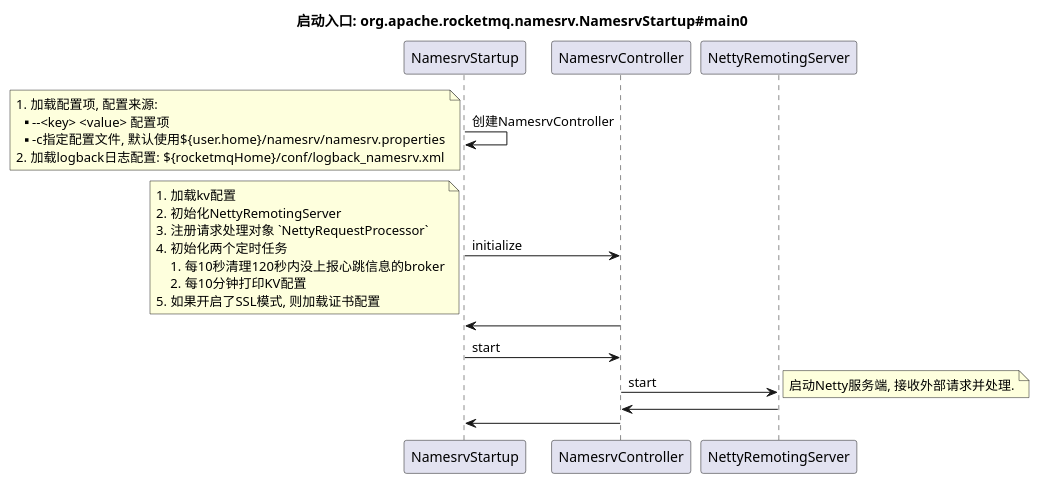
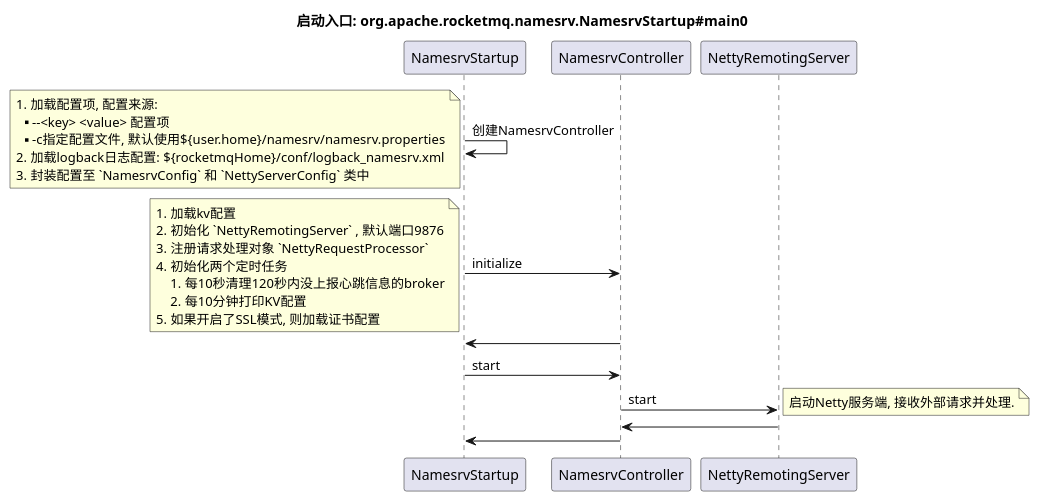
The diagram in charts/rocketmq/NameServerStartup.puml (jjyyjjyy/cafebabe), drawn with PlantUML before and after one commit. The commit also changed 11 other files, not shown here.

```diff
--- a/charts/rocketmq/NameServerStartup.puml
+++ b/charts/rocketmq/NameServerStartup.puml
@@ -1,36 +1,37 @@
 @startuml
 
 title 启动入口: org.apache.rocketmq.namesrv.NamesrvStartup#main0
 
 NamesrvStartup -> NamesrvStartup : 创建NamesrvController
 note left
 # 加载配置项, 配置来源:
 ** --<key> <value> 配置项
 ** -c指定配置文件, 默认使用${user.home}/namesrv/namesrv.properties
 # 加载logback日志配置: ${rocketmqHome}/conf/logback_namesrv.xml
+# 封装配置至 `NamesrvConfig` 和 `NettyServerConfig` 类中
 end note
 
 NamesrvStartup -> NamesrvController : initialize
 
 note left
 # 加载kv配置
-# 初始化NettyRemotingServer
+# 初始化 `NettyRemotingServer` , 默认端口9876
 # 注册请求处理对象 `NettyRequestProcessor`
 # 初始化两个定时任务
 ## 每10秒清理120秒内没上报心跳信息的broker
 ## 每10分钟打印KV配置
 # 如果开启了SSL模式, 则加载证书配置
 end note
 
 NamesrvController -> NamesrvStartup
 NamesrvStartup -> NamesrvController : start
 
 NamesrvController -> NettyRemotingServer : start
 note right
 启动Netty服务端, 接收外部请求并处理.
 end note
 
 NettyRemotingServer -> NamesrvController
 NamesrvController -> NamesrvStartup
 
 @enduml
```
